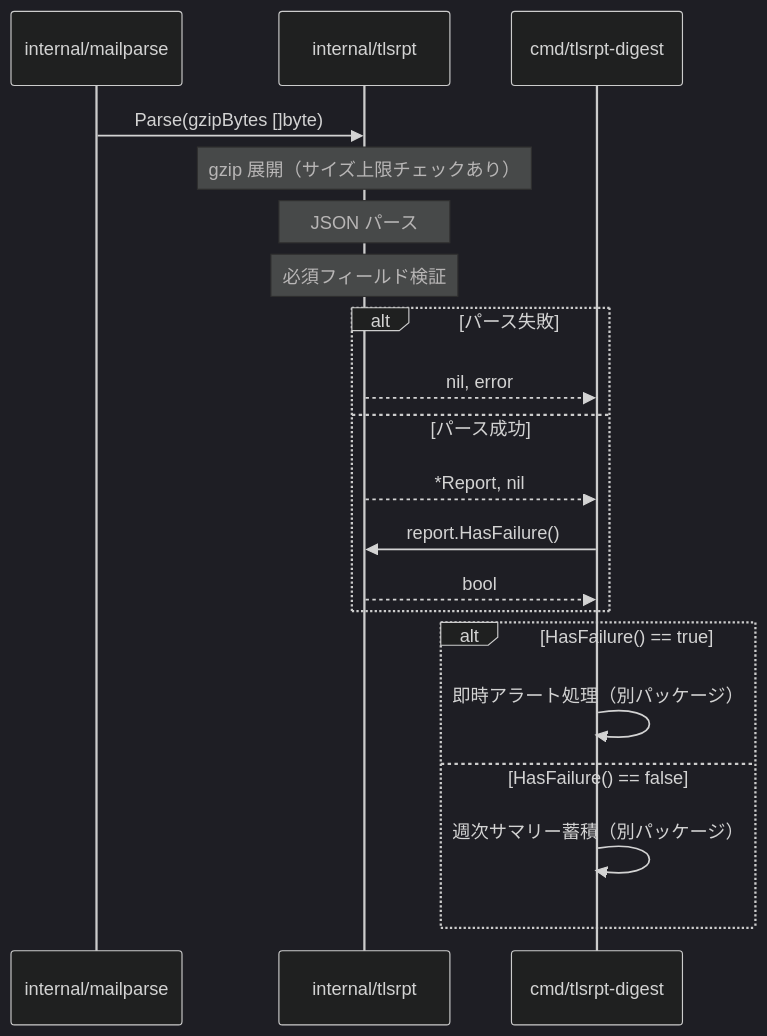
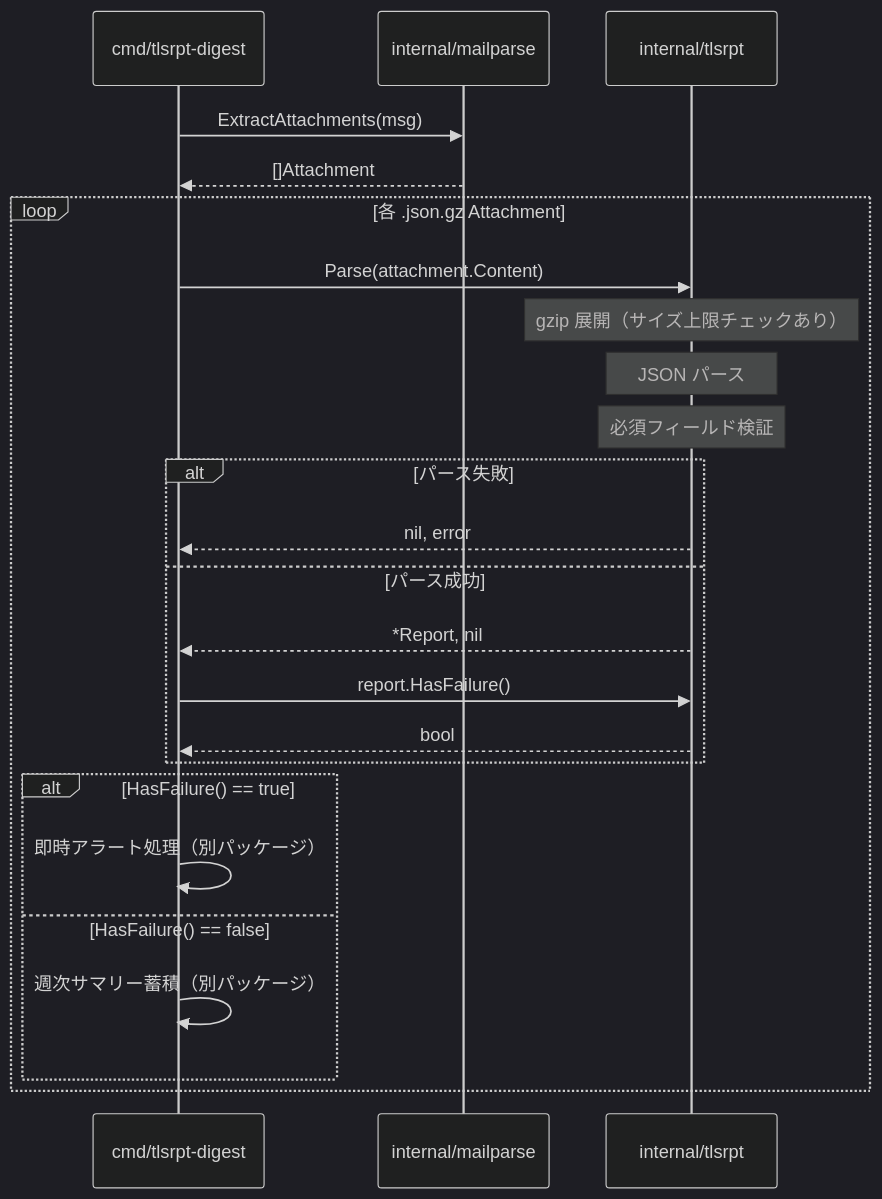
Before and after one commit to isseis/tlsrpt-digest: the fourth of 7 diagrams in docs/tasks/0020_tlsrpt/02_architecture.md, drawn with Mermaid (dark theme). The commit also changed other lines of this file and 3 other files, not shown here.

````diff
--- a/docs/tasks/0020_tlsrpt/02_architecture.md
+++ b/docs/tasks/0020_tlsrpt/02_architecture.md
@@ -106,23 +109,27 @@
 ```mermaid
 sequenceDiagram
+    participant CMD as cmd/tlsrpt-digest
     participant MP as internal/mailparse
     participant TR as internal/tlsrpt
-    participant CMD as cmd/tlsrpt-digest
 
-    MP->>TR: Parse(gzipBytes []byte)
-    Note over TR: gzip 展開（サイズ上限チェックあり）
-    Note over TR: JSON パース
-    Note over TR: 必須フィールド検証
-    alt パース失敗
-        TR-->>CMD: nil, error
-    else パース成功
-        TR-->>CMD: *Report, nil
-        CMD->>TR: report.HasFailure()
-        TR-->>CMD: bool
-    end
-    alt HasFailure() == true
-        CMD->>CMD: 即時アラート処理（別パッケージ）
-    else HasFailure() == false
-        CMD->>CMD: 週次サマリー蓄積（別パッケージ）
+    CMD->>MP: ExtractAttachments(msg)
+    MP-->>CMD: []Attachment
+    loop 各 .json.gz Attachment
+        CMD->>TR: Parse(attachment.Content)
+        Note over TR: gzip 展開（サイズ上限チェックあり）
+        Note over TR: JSON パース
+        Note over TR: 必須フィールド検証
+        alt パース失敗
+            TR-->>CMD: nil, error
+        else パース成功
+            TR-->>CMD: *Report, nil
+            CMD->>TR: report.HasFailure()
+            TR-->>CMD: bool
+        end
+        alt HasFailure() == true
+            CMD->>CMD: 即時アラート処理（別パッケージ）
+        else HasFailure() == false
+            CMD->>CMD: 週次サマリー蓄積（別パッケージ）
+        end
     end
 ```
````
